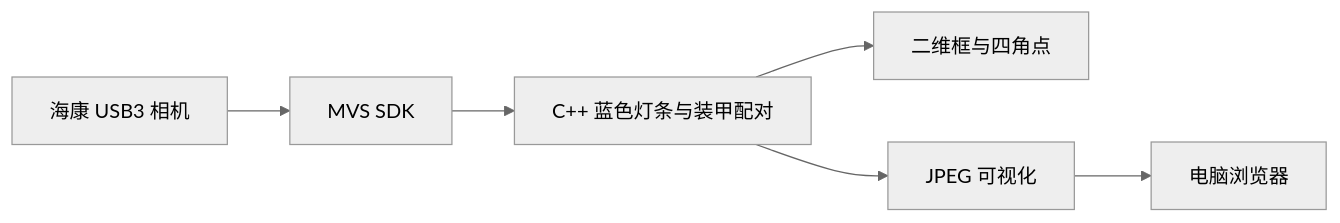
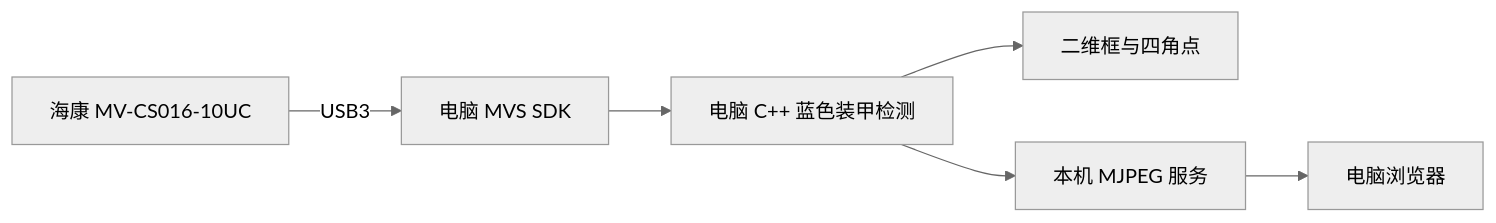
The diagram in README.md (zhuge-Tom/RDK), drawn with Mermaid (neutral theme) before and after one commit. The commit also changed other lines of this file and 13 other files, not shown here.

````diff
--- a/README.md
+++ b/README.md
@@ -19,8 +7,8 @@
 ```mermaid
 flowchart LR
-  A[海康 USB3 相机] --> B[MVS SDK]
-  B --> C[C++ 蓝色灯条与装甲配对]
+  A[海康 MV-CS016-10UC] -->|USB3| B[电脑 MVS SDK]
+  B --> C[电脑 C++ 蓝色装甲检测]
   C --> D[二维框与四角点]
-  C --> E[JPEG 可视化]
+  C --> E[本机 MJPEG 服务]
   E --> F[电脑浏览器]
 ```
````
